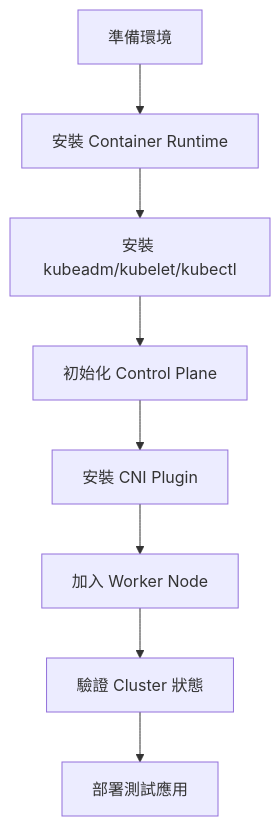
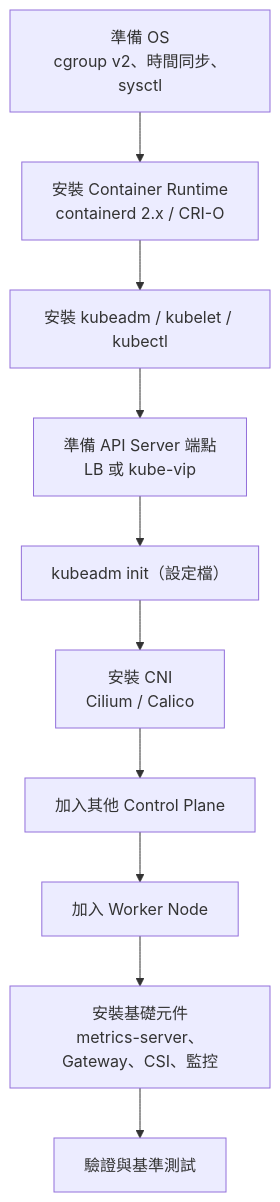
The fifth of 31 diagrams in content/posts/教學/工具/Kubernetes教學手冊.md (chihhung/Blog), drawn with Mermaid before and after one commit. The commit also changed other lines of this file and 8 other files, not shown here.

````diff
--- a/content/posts/教學/工具/Kubernetes教學手冊.md
+++ b/content/posts/教學/工具/Kubernetes教學手冊.md
@@ -544,10 +1039,12 @@
 ```mermaid
 flowchart TD
-    A[準備環境] --> B[安裝 Container Runtime]
-    B --> C[安裝 kubeadm/kubelet/kubectl]
-    C --> D[初始化 Control Plane]
-    D --> E[安裝 CNI Plugin]
-    E --> F[加入 Worker Node]
-    F --> G[驗證 Cluster 狀態]
-    G --> H[部署測試應用]
+    A["準備 OS<br/>cgroup v2、時間同步、sysctl"] --> B["安裝 Container Runtime<br/>containerd 2.x / CRI-O"]
+    B --> C["安裝 kubeadm / kubelet / kubectl"]
+    C --> D["準備 API Server 端點<br/>LB 或 kube-vip"]
+    D --> E["kubeadm init（設定檔）"]
+    E --> F["安裝 CNI<br/>Cilium / Calico"]
+    F --> G["加入其他 Control Plane"]
+    G --> H["加入 Worker Node"]
+    H --> I["安裝基礎元件<br/>metrics-server、Gateway、CSI、監控"]
+    I --> J["驗證與基準測試"]
 ```
````
